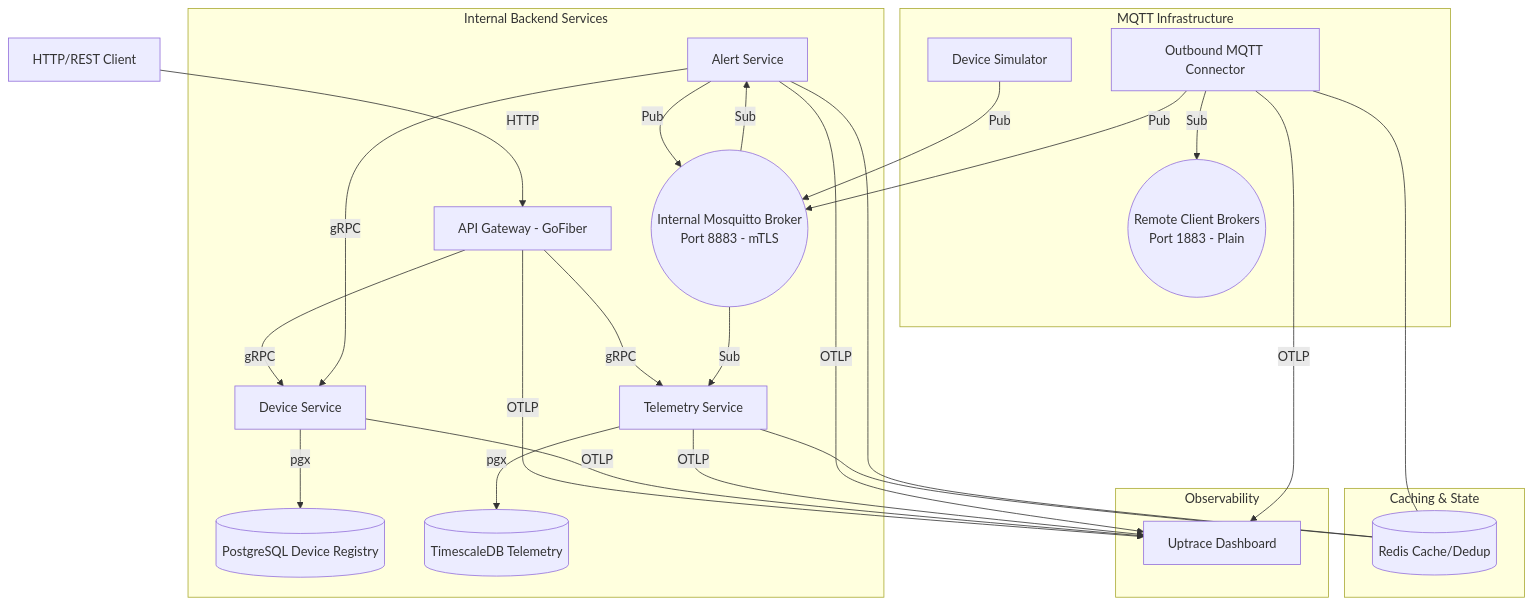
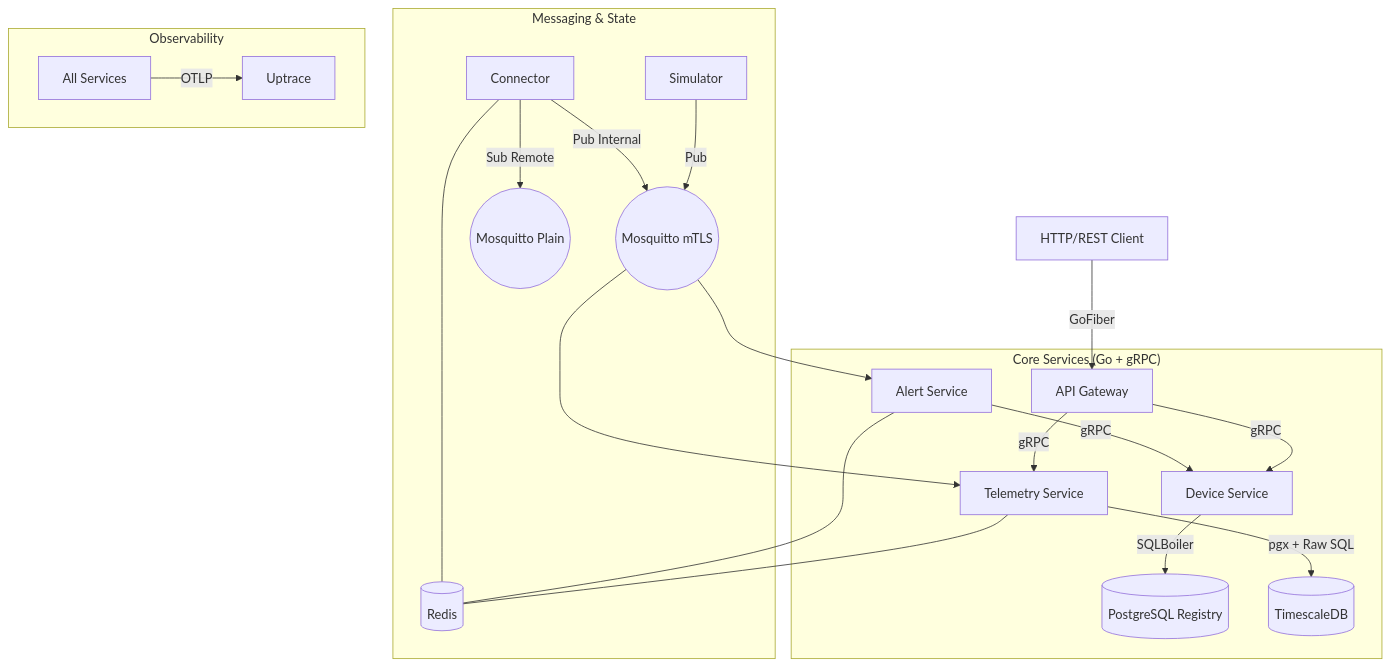
The diagram in README.md (myselfmankar/FieldPulse), drawn with Mermaid before and after one commit. The commit also changed other lines of this file and 3 other files, not shown here.

Commit message:
docs: add architecture, concepts, and docker setup documentation for the IoT platform project

````diff
--- a/README.md
+++ b/README.md
@@ -7,37 +7,33 @@
 ```mermaid
 graph TD
-    Client[HTTP/REST Client] -->|HTTP| Gateway[API Gateway - GoFiber]
+    Client[HTTP/REST Client] -->|GoFiber| Gateway[API Gateway]
     
-    subgraph "Internal Backend Services"
+    subgraph "Core Services (Go + gRPC)"
         Gateway -->|gRPC| DeviceSvc[Device Service]
         Gateway -->|gRPC| TelemetrySvc[Telemetry Service]
         
-        DeviceSvc -->|pgx| Postgres[(PostgreSQL Device Registry)]
-        TelemetrySvc -->|pgx| Timescale[(TimescaleDB Telemetry)]
+        DeviceSvc -->|SQLBoiler| Postgres[(PostgreSQL Registry)]
+        TelemetrySvc -->|pgx + Raw SQL| Timescale[(TimescaleDB)]
         
         AlertSvc[Alert Service] -->|gRPC| DeviceSvc
-        AlertSvc -->|Pub| LocalMQTT
     end
     
-    subgraph "MQTT Infrastructure"
-        LocalMQTT((Internal Mosquitto Broker\nPort 8883 - mTLS))
-        RemoteMQTT((Remote Client Brokers\nPort 1883 - Plain))
+    subgraph "Messaging & State"
+        InternalMQTT((Mosquitto mTLS))
+        RemoteMQTT((Mosquitto Plain))
+        Redis[(Redis)]
         
-        Simulator[Device Simulator] -->|Pub| LocalMQTT
-        Connector[Outbound MQTT Connector] -->|Sub| RemoteMQTT
-        Connector -->|Pub| LocalMQTT
+        Simulator -->|Pub| InternalMQTT
+        Connector -->|Sub Remote| RemoteMQTT
+        Connector -->|Pub Internal| InternalMQTT
         
-        LocalMQTT -->|Sub| TelemetrySvc
-        LocalMQTT -->|Sub| AlertSvc
-    end
-    
-    subgraph "Caching & State"
-        TelemetrySvc --- Redis[(Redis Cache/Dedup)]
-        AlertSvc --- Redis
-        Connector --- Redis
+        InternalMQTT --> TelemetrySvc
+        InternalMQTT --> AlertSvc
+        
+        TelemetrySvc & AlertSvc & Connector --- Redis
     end
     
     subgraph "Observability"
-        Gateway & DeviceSvc & TelemetrySvc & AlertSvc & Connector -->|OTLP| Uptrace[Uptrace Dashboard]
+        AllServices[All Services] -->|OTLP| Uptrace[Uptrace]
     end
 ```
````
